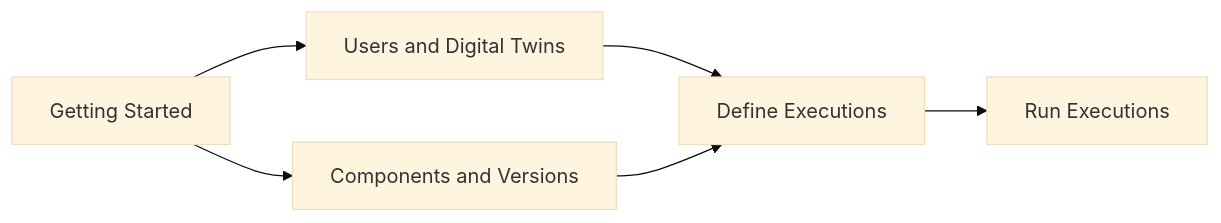
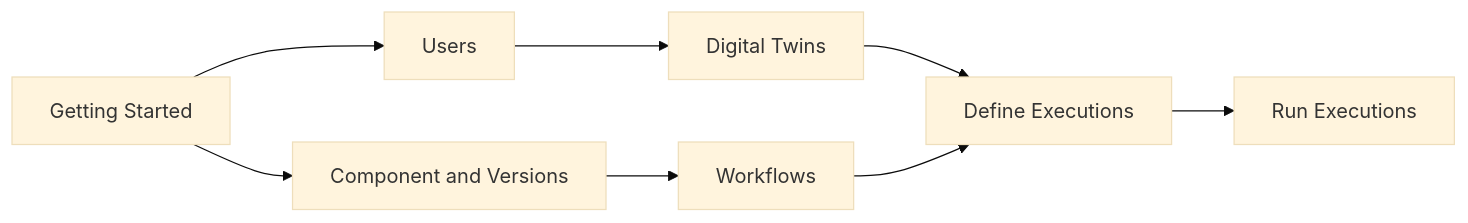
One commit to odtp-org/odtp-manuals changed the diagram in docs/tutorials/index.md. Above: the diagram before and after it, drawn with Mermaid (base theme). The commit also changed other lines of this file and 106 other files, not shown here.

````diff
--- a/docs/tutorials/index.md
+++ b/docs/tutorials/index.md
@@ -7,8 +7,10 @@
 ``` mermaid
 flowchart LR
-    A[Getting Started] --> B[Users and Digital Twins]
-    B[Users and Digital Twins] --> C[Define Executions]
-    C[Define Executions] --> D[Run Executions]
-    E[Components And Versions] --> C[Define Executions]
-    A[Getting Started] --> E[Components and Versions]
+    A[Getting Started] --> B[Users]
+    B --> G[Digital Twins]
+    G --> C[Define Executions]
+    C --> D[Run Executions]
+    E[Component and Versions] --> F[Workflows]
+    F --> C
+    A --> E
 ```
````
